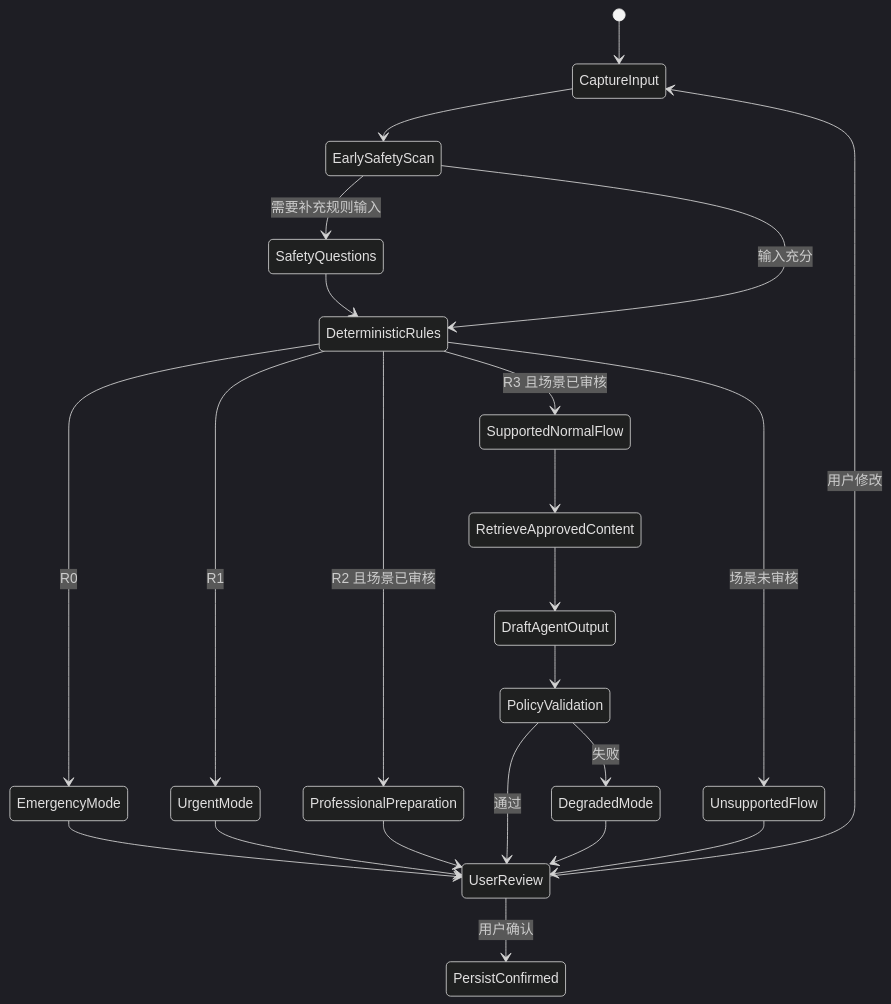
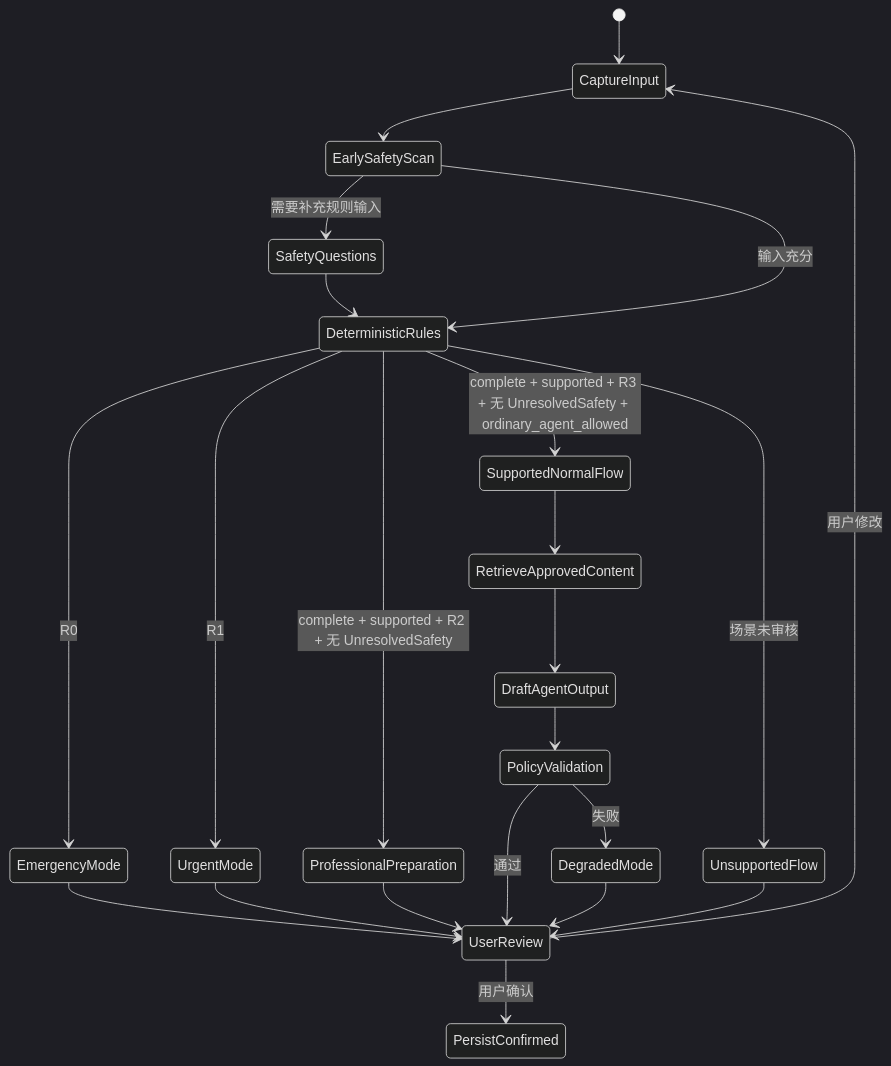
The diagram in docs/09_SAFETY_AND_CLINICAL_CONTENT.md (liudejua27-blip/doctor), drawn with Mermaid (dark theme) before and after one commit. The commit also changed other lines of this file and 16 other files, not shown here.

````diff
--- a/docs/09_SAFETY_AND_CLINICAL_CONTENT.md
+++ b/docs/09_SAFETY_AND_CLINICAL_CONTENT.md
@@ -169,25 +169,25 @@
 ```mermaid
 stateDiagram-v2
     [*] --> CaptureInput
     CaptureInput --> EarlySafetyScan
     EarlySafetyScan --> SafetyQuestions: 需要补充规则输入
     EarlySafetyScan --> DeterministicRules: 输入充分
     SafetyQuestions --> DeterministicRules
     DeterministicRules --> EmergencyMode: R0
     DeterministicRules --> UrgentMode: R1
-    DeterministicRules --> ProfessionalPreparation: R2 且场景已审核
-    DeterministicRules --> SupportedNormalFlow: R3 且场景已审核
+    DeterministicRules --> ProfessionalPreparation: complete + supported + R2 + 无 UnresolvedSafety
+    DeterministicRules --> SupportedNormalFlow: complete + supported + R3 + 无 UnresolvedSafety + ordinary_agent_allowed
     DeterministicRules --> UnsupportedFlow: 场景未审核
     ProfessionalPreparation --> UserReview
     SupportedNormalFlow --> RetrieveApprovedContent
     RetrieveApprovedContent --> DraftAgentOutput
     DraftAgentOutput --> PolicyValidation
     PolicyValidation --> UserReview: 通过
     PolicyValidation --> DegradedMode: 失败
     EmergencyMode --> UserReview
     UrgentMode --> UserReview
     UnsupportedFlow --> UserReview
     DegradedMode --> UserReview
     UserReview --> PersistConfirmed: 用户确认
     UserReview --> CaptureInput: 用户修改
 ```
````
